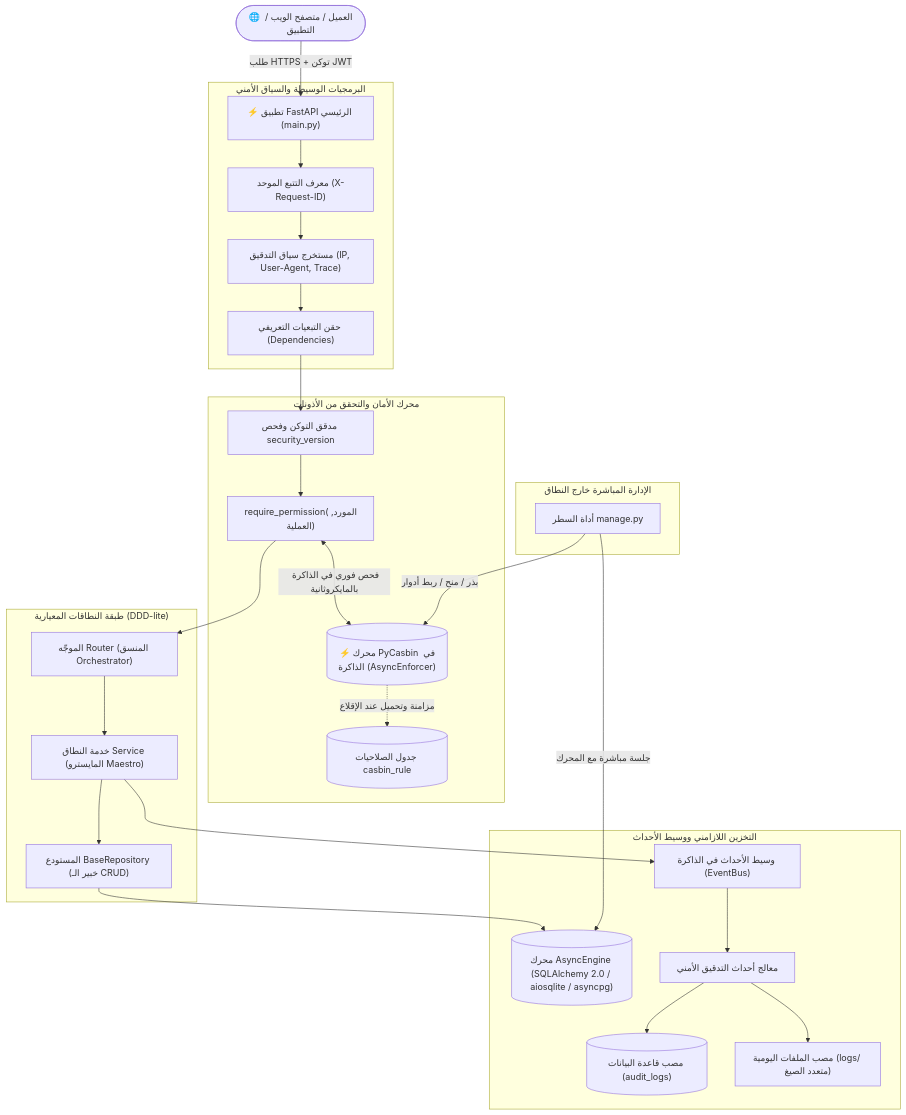
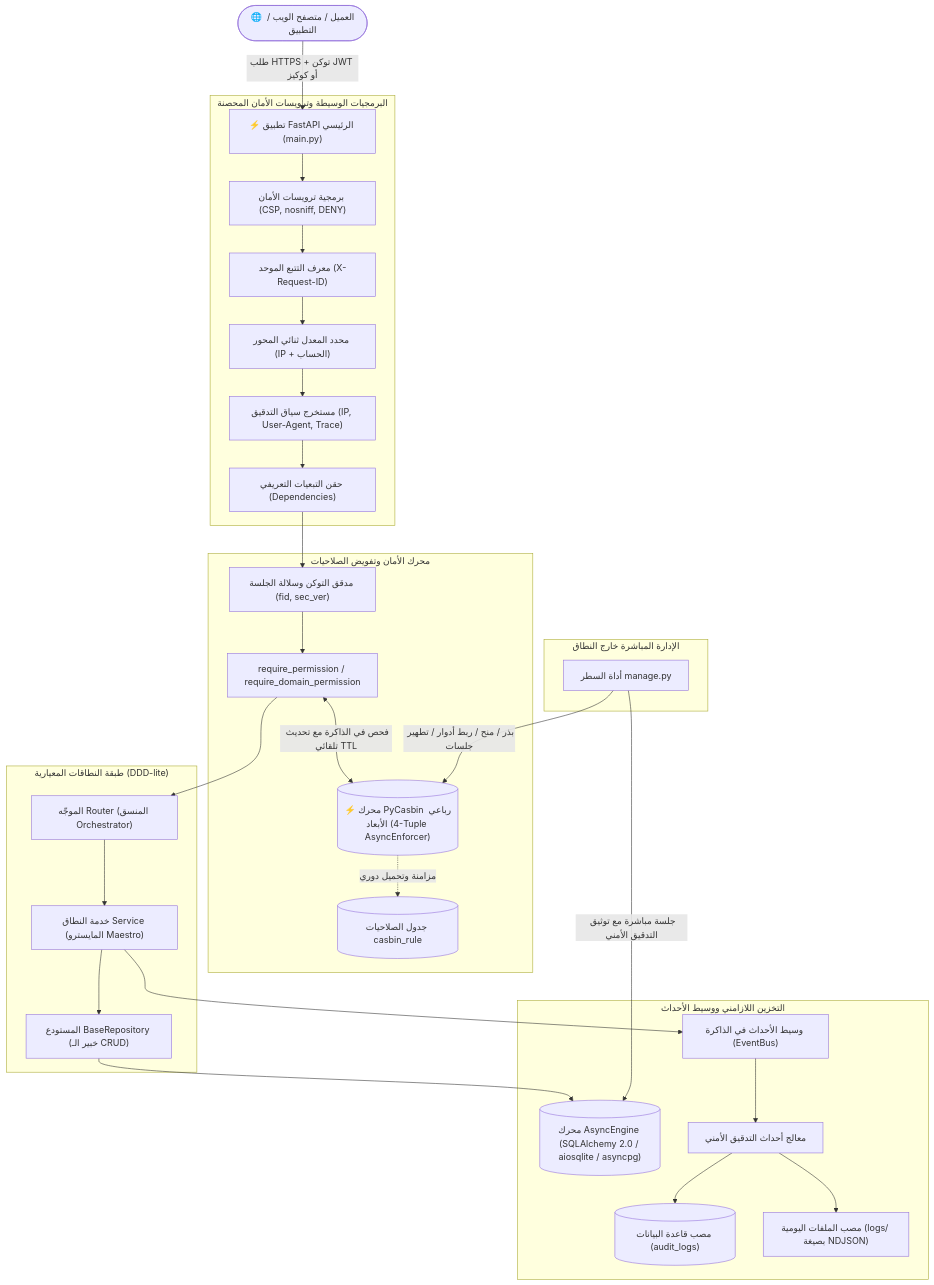
Before and after one commit to Ba-se-l/fastapi-base-foundation: the diagram in README_AR.md, drawn with Mermaid. The commit also changed other lines of this file and 60 other files, not shown here.

First line of the commit message:
refactor(tests): restructure test suite into mirrored modular architecture and sync docs

````diff
--- a/README_AR.md
+++ b/README_AR.md
@@ -37,36 +37,38 @@
 ```mermaid
 flowchart TD
-    Client(["🌐 العميل / متصفح الويب / التطبيق"]) -->|طلب HTTPS + توكن JWT| Main["⚡ تطبيق FastAPI الرئيسي (main.py)"]
+    Client(["🌐 العميل / متصفح الويب / التطبيق"]) -->|طلب HTTPS + توكن JWT أو كوكيز| Main["⚡ تطبيق FastAPI الرئيسي (main.py)"]
     
-    subgraph Perimeter ["البرمجيات الوسيطة والسياق الأمني"]
-        Main --> ReqId["معرف التتبع الموحد (X-Request-ID)"]
-        ReqId --> AuditCtx["مستخرج سياق التدقيق (IP, User-Agent, Trace)"]
+    subgraph Perimeter ["البرمجيات الوسيطة وترويسات الأمان المحصنة"]
+        Main --> SecHeaders["برمجية ترويسات الأمان (CSP, nosniff, DENY)"]
+        SecHeaders --> ReqId["معرف التتبع الموحد (X-Request-ID)"]
+        ReqId --> RateLimiter["محدد المعدل ثنائي المحور (IP + الحساب)"]
+        RateLimiter --> AuditCtx["مستخرج سياق التدقيق (IP, User-Agent, Trace)"]
         AuditCtx --> DepFactory["حقن التبعيات التعريفي (Dependencies)"]
     end
     
-    subgraph Security ["محرك الأمان والتحقق من الأذونات"]
-        DepFactory --> JWTGuard["مدقق التوكن وفحص security_version"]
-        JWTGuard --> CasbinGuard["require_permission(المورد, العملية)"]
-        CasbinGuard <-->|فحص فوري في الذاكرة بالمايكروثانية| CasbinCache[("⚡ محرك PyCasbin في الذاكرة (AsyncEnforcer)")]
-        CasbinCache -.->|مزامنة وتحميل عند الإقلاع| DB_Rules[("جدول الصلاحيات casbin_rule")]
+    subgraph Security ["محرك الأمان وتفويض الصلاحيات"]
+        DepFactory --> JWTGuard["مدقق التوكن وسلالة الجلسة (fid, sec_ver)"]
+        JWTGuard --> CasbinGuard["require_permission / require_domain_permission"]
+        CasbinGuard <-->|فحص في الذاكرة مع تحديث تلقائي TTL| CasbinCache[("⚡ محرك PyCasbin رباعي الأبعاد (4-Tuple AsyncEnforcer)")]
+        CasbinCache -.->|مزامنة وتحميل دوري| DB_Rules[("جدول الصلاحيات casbin_rule")]
     end
     
     subgraph Domain ["طبقة النطاقات المعيارية (DDD-lite)"]
         CasbinGuard --> Router["الموجّه Router (المنسق Orchestrator)"]
         Router --> Service["خدمة النطاق Service (المايسترو Maestro)"]
         Service --> BaseRepo["المستودع BaseRepository (خبير الـ CRUD)"]
     end
 
     subgraph Infrastructure ["التخزين اللازامني ووسيط الأحداث"]
         BaseRepo --> AsyncEngine[("محرك AsyncEngine (SQLAlchemy 2.0 / aiosqlite / asyncpg)")]
         Service --> EventBus["وسيط الأحداث في الذاكرة (EventBus)"]
         EventBus --> AuditHandler["معالج أحداث التدقيق الأمني"]
         AuditHandler --> SinkDB[("مصب قاعدة البيانات (audit_logs)")]
-        AuditHandler --> SinkFile["مصب الملفات اليومية (logs/ متعدد الصيغ)"]
+        AuditHandler --> SinkFile["مصب الملفات اليومية (logs/ بصيغة NDJSON)"]
     end
 
     subgraph OOB ["الإدارة المباشرة خارج النطاق"]
-        CLI["أداة السطر manage.py"] -->|جلسة مباشرة مع المحرك| AsyncEngine
-        CLI -->|بذر / منح / ربط أدوار| CasbinCache
+        CLI["أداة السطر manage.py"] -->|جلسة مباشرة مع توثيق التدقيق الأمني| AsyncEngine
+        CLI -->|بذر / منح / ربط أدوار / تطهير جلسات| CasbinCache
     end
 ```
````
